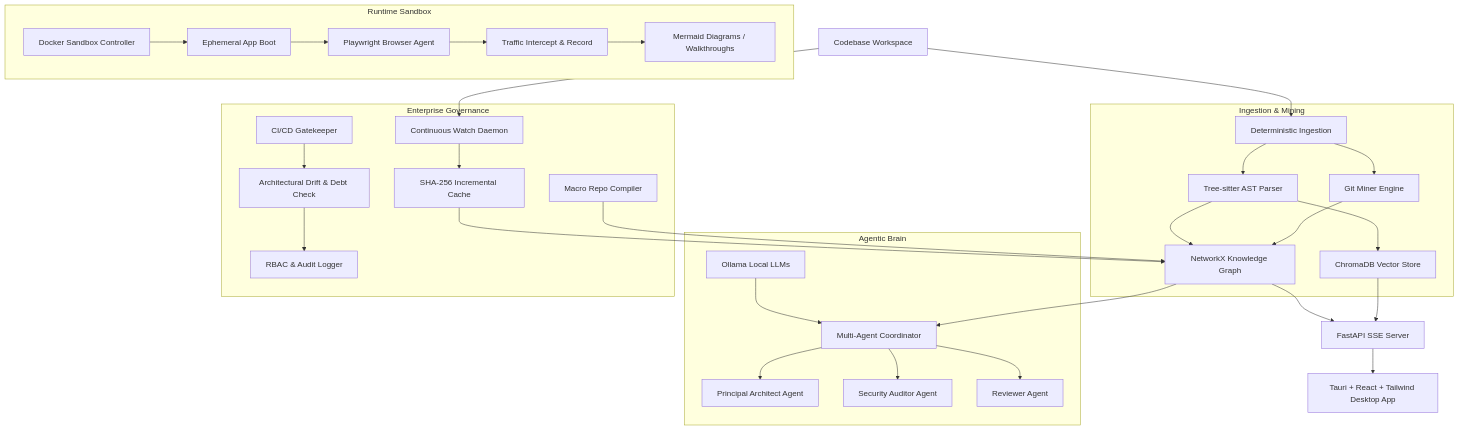
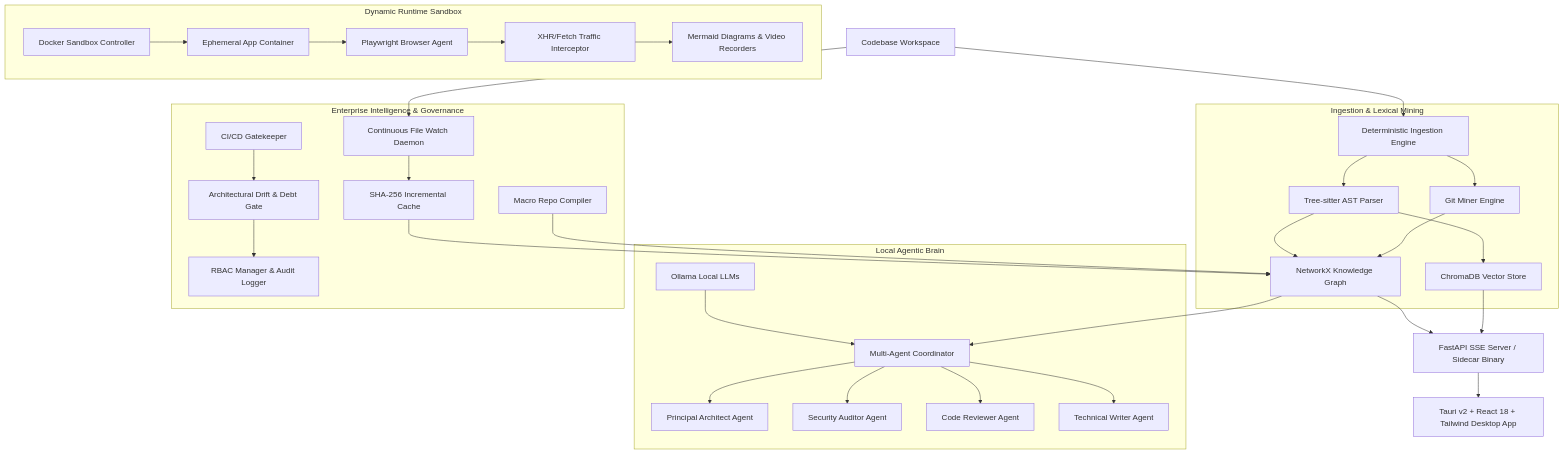
One commit to vanshjain99/Repollama changed the diagram in README.md. Above: the diagram before and after it, drawn with Mermaid. The commit also changed other lines of this file and 42 other files, not shown here.

Commit message:
feat: implement frontend onboarding, governance views, sidecar packaging, and update platform documentation

````diff
--- a/README.md
+++ b/README.md
@@ -13,40 +13,41 @@
 ```mermaid
 graph TD
-    A[Codebase Workspace] --> B[Deterministic Ingestion]
-    A --> C[Continuous Watch Daemon]
-    
-    subgraph Ingestion & Mining
+    A[Codebase Workspace] --> B[Deterministic Ingestion Engine]
+    A --> C[Continuous File Watch Daemon]
+
+    subgraph Ingestion & Lexical Mining
         B --> B1[Tree-sitter AST Parser]
         B --> B2[Git Miner Engine]
         B1 --> B3[NetworkX Knowledge Graph]
         B2 --> B3
         B1 --> B4[ChromaDB Vector Store]
     end
 
-    subgraph Runtime Sandbox
-        E1[Docker Sandbox Controller] --> E2[Ephemeral App Boot]
+    subgraph Dynamic Runtime Sandbox
+        E1[Docker Sandbox Controller] --> E2[Ephemeral App Container]
         E2 --> E3[Playwright Browser Agent]
-        E3 --> E4[Traffic Intercept & Record]
-        E4 --> E5[Mermaid Diagrams / Walkthroughs]
+        E3 --> E4[XHR/Fetch Traffic Interceptor]
+        E4 --> E5[Mermaid Diagrams & Video Recorders]
     end
 
-    subgraph Agentic Brain
+    subgraph Local Agentic Brain
         G1[Ollama Local LLMs] --> G2[Multi-Agent Coordinator]
         G2 --> G3[Principal Architect Agent]
         G2 --> G4[Security Auditor Agent]
-        G2 --> G5[Reviewer Agent]
+        G2 --> G5[Code Reviewer Agent]
+        G2 --> G6[Technical Writer Agent]
         B3 --> G2
     end
 
-    subgraph Enterprise Governance
+    subgraph Enterprise Intelligence & Governance
         C --> D1[SHA-256 Incremental Cache]
         D1 --> B3
         A1[Macro Repo Compiler] --> B3
-        H1[CI/CD Gatekeeper] --> H2[Architectural Drift & Debt Check]
-        H2 --> H3[RBAC & Audit Logger]
+        H1[CI/CD Gatekeeper] --> H2[Architectural Drift & Debt Gate]
+        H2 --> H3[RBAC Manager & Audit Logger]
     end
 
-    B3 --> I[FastAPI SSE Server]
+    B3 --> I[FastAPI SSE Server / Sidecar Binary]
     B4 --> I
-    I --> J[Tauri + React + Tailwind Desktop App]
+    I --> J[Tauri v2 + React 18 + Tailwind Desktop App]
 ```
````
